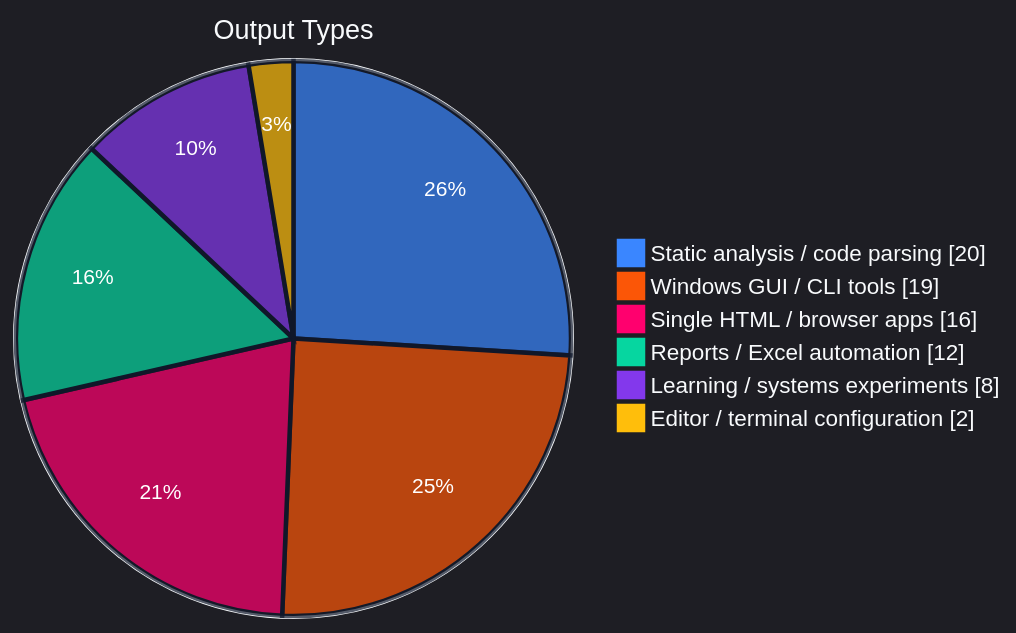
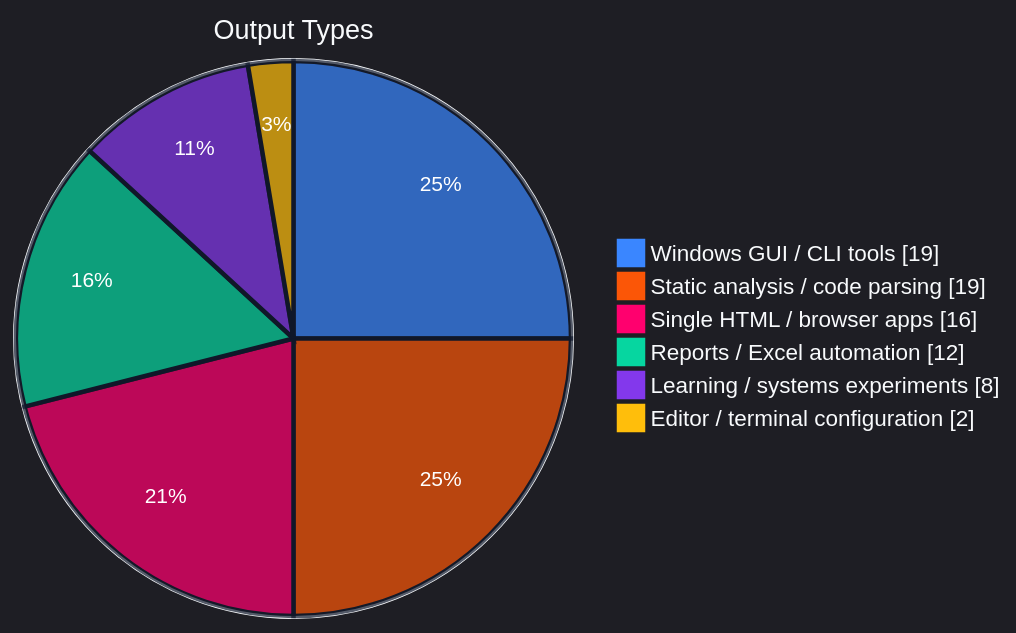
One commit to SSsan-00/SSsan-00 changed the second of 4 diagrams in README.md. Above: the diagram before and after it, drawn with Mermaid. The commit also changed other lines of this file and 2 other files, not shown here.

````diff
--- a/README.md
+++ b/README.md
@@ -56,11 +56,11 @@
 ```mermaid
 %%{init: {"theme":"dark","themeVariables":{"background":"#0f172a","mainBkg":"#0f172a","textColor":"#f8fafc","primaryTextColor":"#f8fafc","pieStrokeColor":"#0f172a","pieStrokeWidth":"3px","pieOuterStrokeColor":"#f8fafc","pieOuterStrokeWidth":"2px","pieTitleTextColor":"#f8fafc","pieTitleTextSize":"18px","pieLegendTextColor":"#f8fafc","pieLegendTextSize":"15px","pieSectionTextColor":"#ffffff","pieSectionTextSize":"14px","pie1":"#3a86ff","pie2":"#fb5607","pie3":"#ff006e","pie4":"#06d6a0","pie5":"#8338ec","pie6":"#ffbe0b"}}}%%
 pie showData
   title Output Types
-  "Static analysis / code parsing" : 20
   "Windows GUI / CLI tools" : 19
+  "Static analysis / code parsing" : 19
   "Single HTML / browser apps" : 16
   "Reports / Excel automation" : 12
   "Learning / systems experiments" : 8
   "Editor / terminal configuration" : 2
 ```
````
